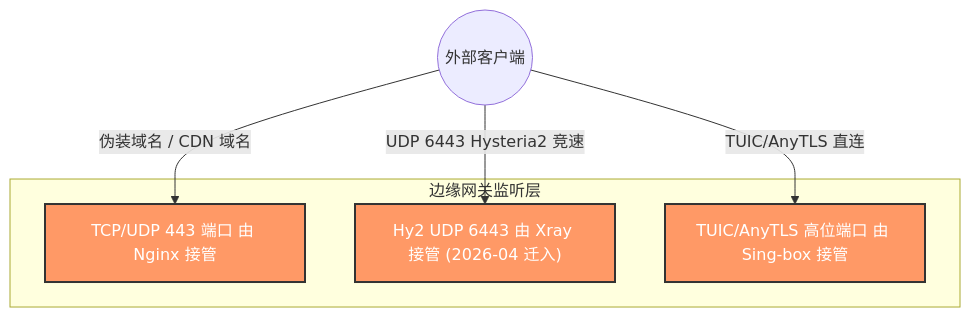
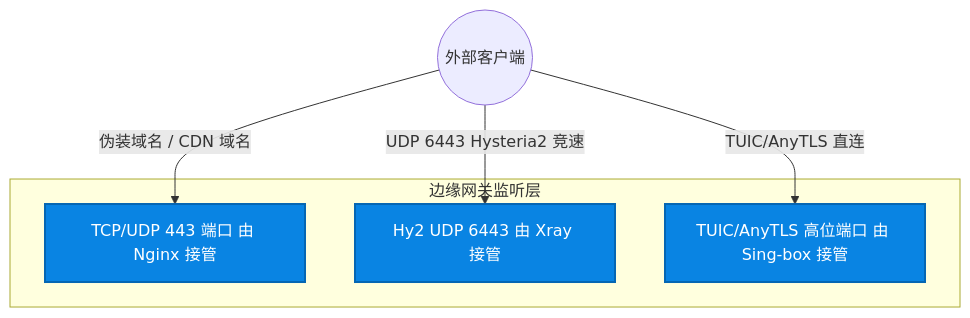
Before and after one commit to currycan/sb-xray: the second of 11 diagrams in docs/01-architecture-and-traffic.md, drawn with Mermaid. The commit also changed other lines of this file and 5 other files, not shown here.

````diff
--- a/docs/01-architecture-and-traffic.md
+++ b/docs/01-architecture-and-traffic.md
@@ -126,13 +127,13 @@
 ```mermaid
-graph TD
+flowchart TD
     User((外部客户端))
     subgraph 边缘网关监听层
         P443["TCP/UDP 443 端口 由 Nginx 接管"]:::entry
-        PHy2["Hy2 UDP 6443 由 Xray 接管 (2026-04 迁入)"]:::entry
+        PHy2["Hy2 UDP 6443 由 Xray 接管"]:::entry
         PHigh["TUIC/AnyTLS 高位端口 由 Sing-box 接管"]:::entry
     end
     User -->|"伪装域名 / CDN 域名"| P443
     User -->|"UDP 6443 Hysteria2 竞速"| PHy2
     User -->|"TUIC/AnyTLS 直连"| PHigh
-    classDef entry fill:#f96,stroke:#333,stroke-width:2px,color:white
+    classDef entry fill:#0984e3,stroke:#0566b3,stroke-width:2px,color:#fff
 ```
````
